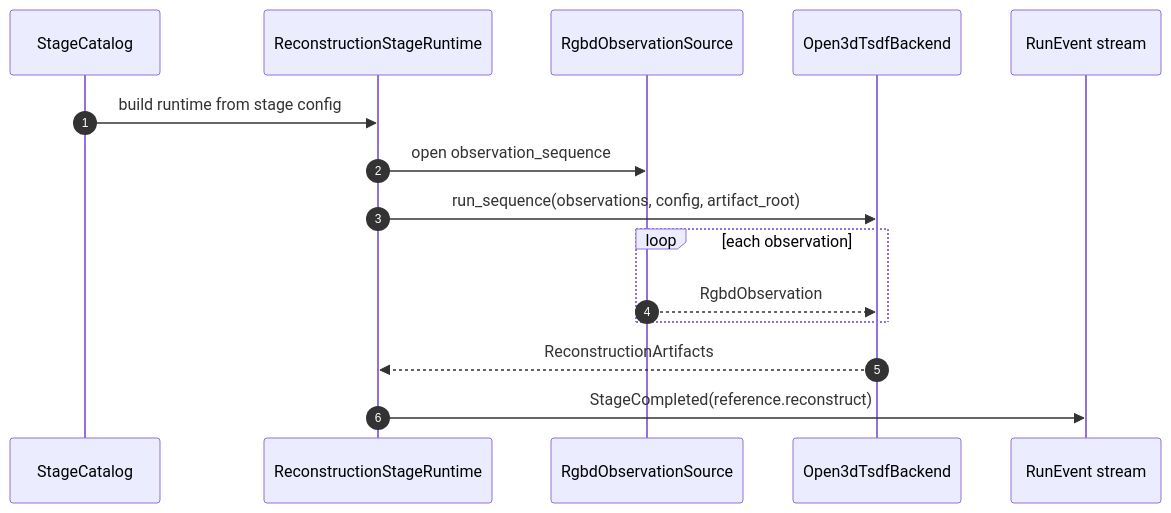
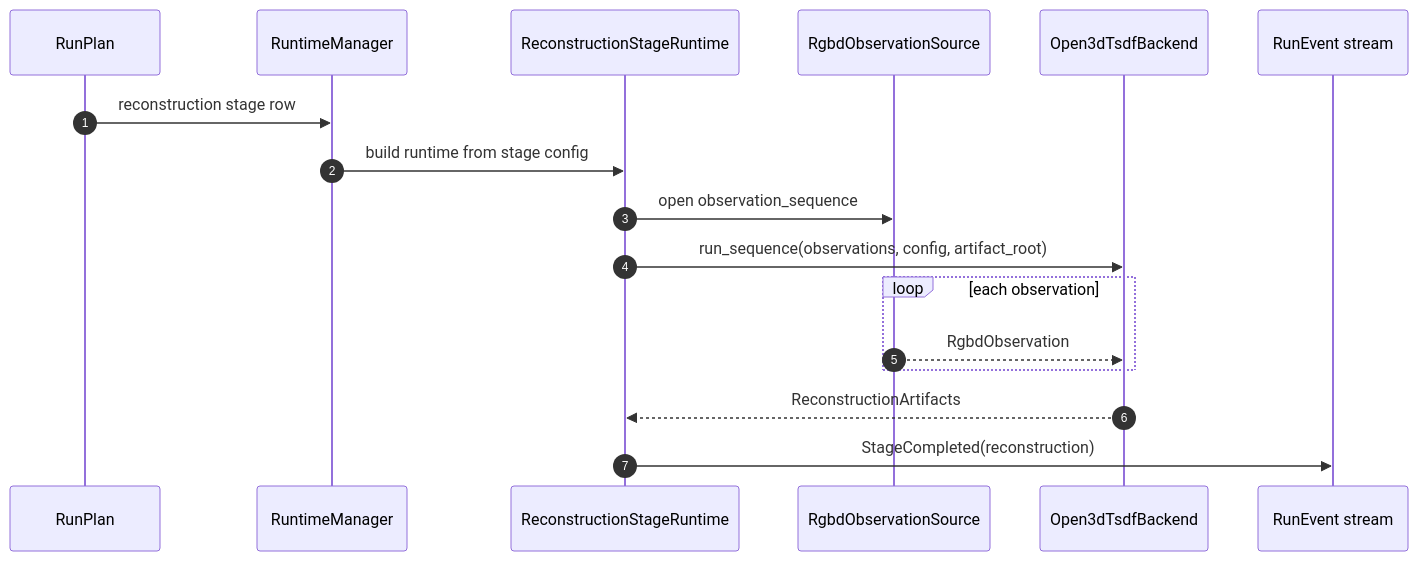
Before and after one commit to JanDuchscherer104/prml-vslam: the fifth of 5 diagrams in docs/architecture/reconstruction-stage-target.md, drawn with Mermaid. The commit also changed other lines of this file and 3 other files, not shown here.

Commit message:
docs: refresh pipeline stage target architecture

````diff
--- a/docs/architecture/reconstruction-stage-target.md
+++ b/docs/architecture/reconstruction-stage-target.md
@@ -360,18 +362,20 @@
 ```mermaid
 sequenceDiagram
     autonumber
-    participant Catalog as StageCatalog
+    participant Plan as RunPlan
+    participant RuntimeMgr as RuntimeManager
     participant Runtime as ReconstructionStageRuntime
     participant Source as RgbdObservationSource
     participant Backend as Open3dTsdfBackend
     participant Events as RunEvent stream
 
-    Catalog->>Runtime: build runtime from stage config
+    Plan->>RuntimeMgr: reconstruction stage row
+    RuntimeMgr->>Runtime: build runtime from stage config
     Runtime->>Source: open observation_sequence
     Runtime->>Backend: run_sequence(observations, config, artifact_root)
     loop each observation
         Source-->>Backend: RgbdObservation
     end
     Backend-->>Runtime: ReconstructionArtifacts
-    Runtime->>Events: StageCompleted(reference.reconstruct)
+    Runtime->>Events: StageCompleted(reconstruction)
 ```
````
